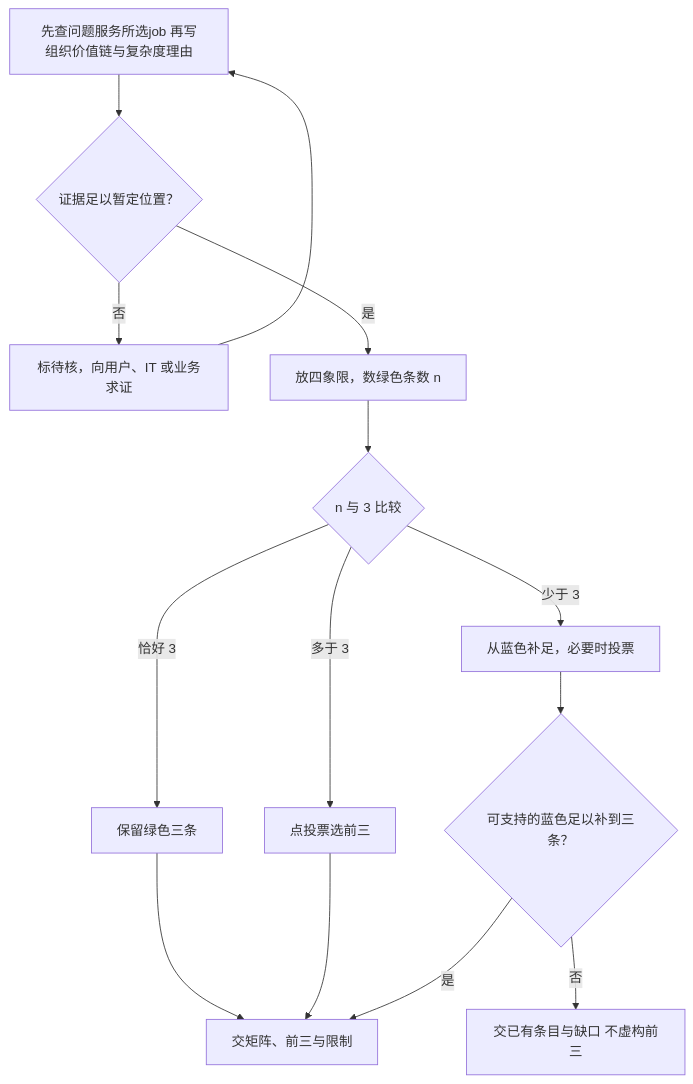
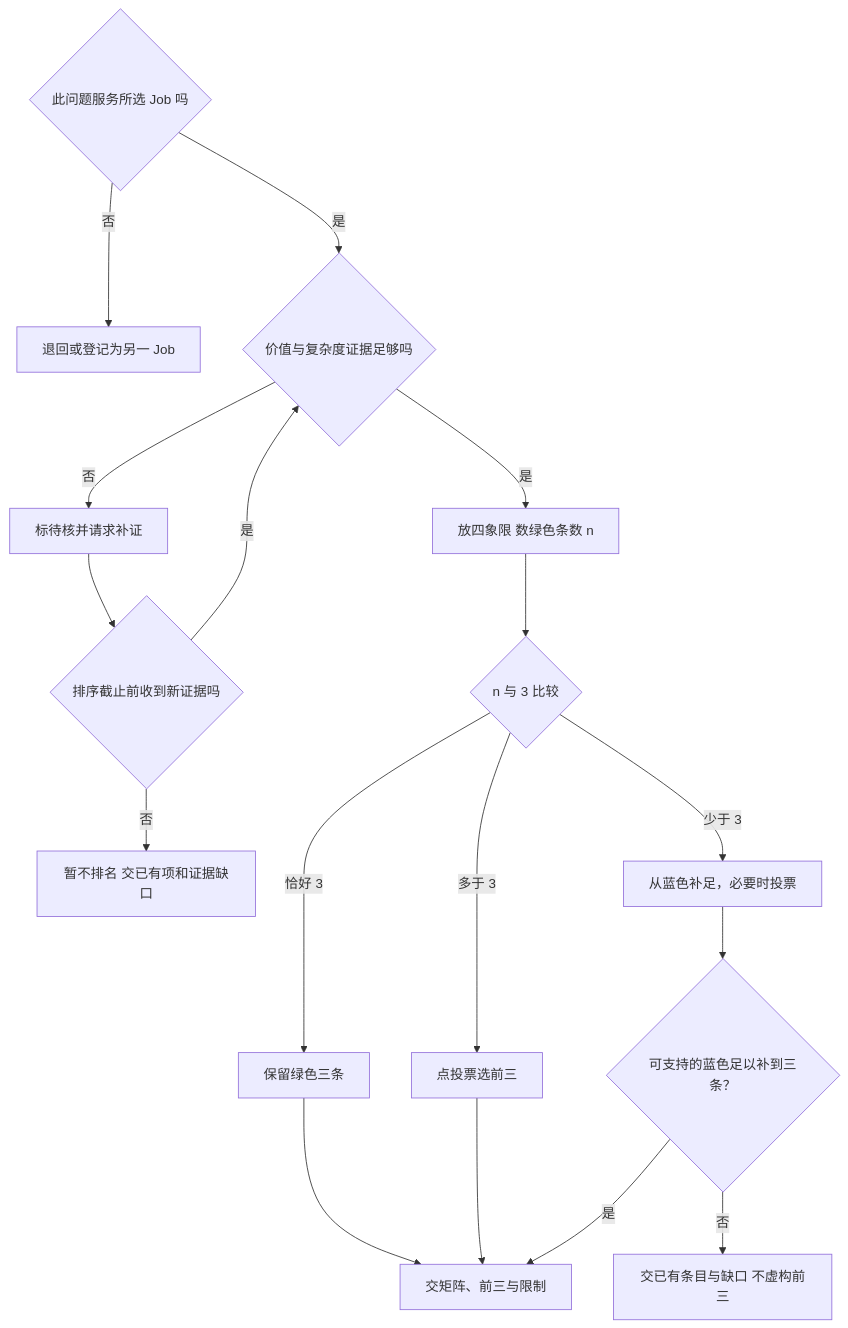
Before and after one commit to CercaTrovato/cityu-ai-course-notes: the fifth of 7 diagrams in IS5542_GenAI_in_Business/notes/M04-设计思维-业务机会识别与AI创意工作坊.md, drawn with Mermaid. The commit also changed other lines of this file and 2300 other files, not shown here.

First line of the commit message:
完善五课程逐页学习笔记、课件原图与修补规范

````diff
--- a/IS5542_GenAI_in_Business/notes/M04-设计思维-业务机会识别与AI创意工作坊.md
+++ b/IS5542_GenAI_in_Business/notes/M04-设计思维-业务机会识别与AI创意工作坊.md
@@ -965,16 +1601,20 @@
 ```mermaid
 flowchart TD
- A[先查问题服务所选job 再写组织价值链与复杂度理由] --> B{证据足以暂定位置？}
- B -- 否 --> C[标待核，向用户、IT 或业务求证]
- C --> A
- B -- 是 --> D[放四象限，数绿色条数 n]
+ A{此问题服务所选 Job 吗}
+ A -->|否| OUT[退回或登记为另一 Job]
+ A -->|是| B{价值与复杂度证据足够吗}
+ B -->|否| C[标待核并请求补证]
+ C --> T{排序截止前收到新证据吗}
+ T -->|是| B
+ T -->|否| END[暂不排名 交已有项和证据缺口]
+ B -->|是| D[放四象限 数绿色条数 n]
  D --> E{n 与 3 比较}
  E -- 恰好 3 --> F[保留绿色三条]
  E -- 多于 3 --> G[点投票选前三]
  E -- 少于 3 --> H[从蓝色补足，必要时投票]
  F --> I[交矩阵、前三与限制]
  G --> I
  H --> AVAILABLE{可支持的蓝色足以补到三条？}
  AVAILABLE -- 是 --> I
  AVAILABLE -- 否 --> SHORT[交已有条目与缺口 不虚构前三]
 ```
````
